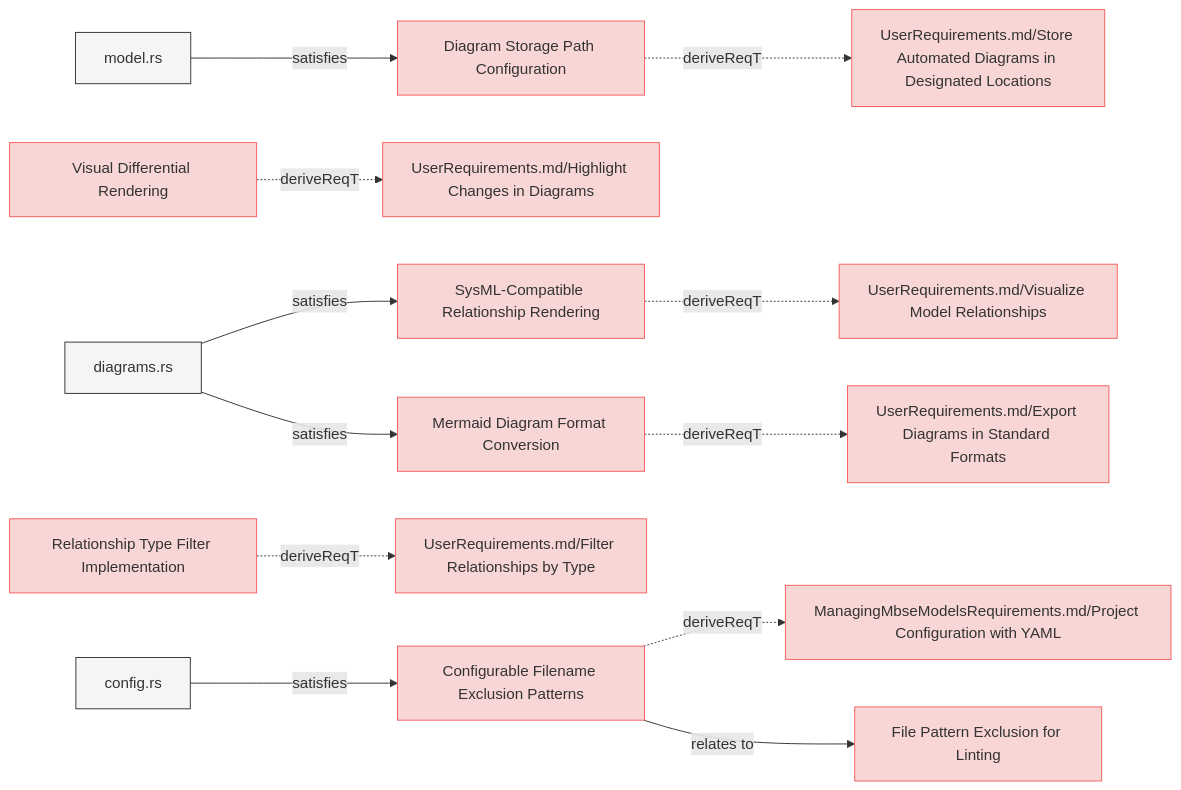
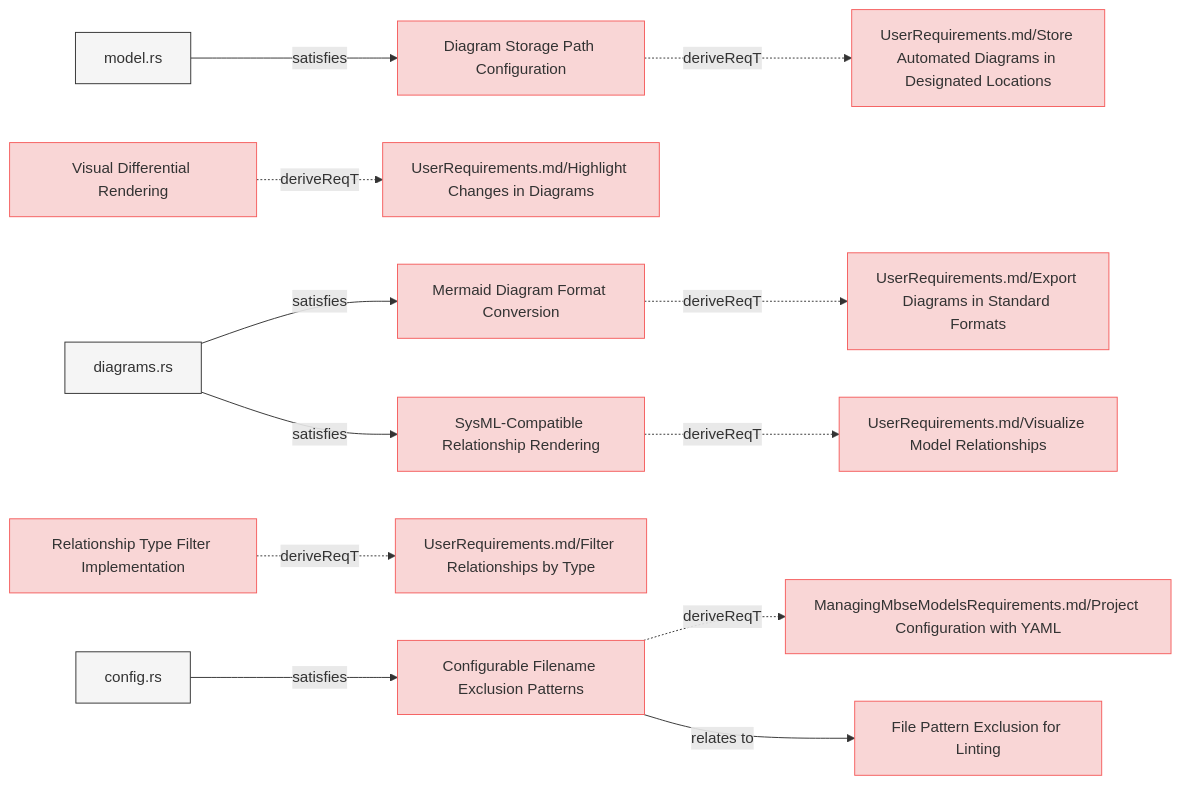
The fifth of 8 diagrams in specifications/SystemRequirements/Requirements.md (reqvire-org/reqvire), drawn with Mermaid before and after one commit. The commit also changed other lines of this file and 8 other files, not shown here.

Commit message:
DIagrams Update.

````diff
--- a/specifications/SystemRequirements/Requirements.md
+++ b/specifications/SystemRequirements/Requirements.md
@@ -569,68 +569,68 @@
 ```mermaid
 graph LR;
   %% Graph styling
   classDef requirement fill:#f9d6d6,stroke:#f55f5f,stroke-width:1px;
   classDef verification fill:#d6f9d6,stroke:#5fd75f,stroke-width:1px;
   classDef externalLink fill:#d0e0ff,stroke:#3080ff,stroke-width:1px;
   classDef default fill:#f5f5f5,stroke:#333333,stroke-width:1px;
 
   191d27287e["Diagram Storage Path Configuration"];
   click 191d27287e "Requirements.md#diagram-storage-path-configuration";
   class 191d27287e requirement;
   aee397f35b["UserRequirements.md/Store Automated Diagrams in Designated Locations"];
   class aee397f35b requirement;
   click aee397f35b "../UserRequirements.md#store-automated-diagrams-in-designated-locations";
   191d27287e -.->|deriveReqT| aee397f35b;
   6136c216c9["model.rs"];
   class 6136c216c9 default;
   click 6136c216c9 "../../core/src/model.rs";
   6136c216c9 -->|satisfies| 191d27287e;
+  a7ec66314a["Mermaid Diagram Format Conversion"];
+  click a7ec66314a "Requirements.md#mermaid-diagram-format-conversion";
+  class a7ec66314a requirement;
+  10c00a1bd1["UserRequirements.md/Export Diagrams in Standard Formats"];
+  class 10c00a1bd1 requirement;
+  click 10c00a1bd1 "../UserRequirements.md#export-diagrams-in-standard-formats";
+  a7ec66314a -.->|deriveReqT| 10c00a1bd1;
+  d4240e2969["diagrams.rs"];
+  class d4240e2969 default;
+  click d4240e2969 "../../core/src/diagrams.rs";
+  d4240e2969 -->|satisfies| a7ec66314a;
   9860815d52["Visual Differential Rendering"];
   click 9860815d52 "Requirements.md#visual-differential-rendering";
   class 9860815d52 requirement;
   fd7388e379["UserRequirements.md/Highlight Changes in Diagrams"];
   class fd7388e379 requirement;
   click fd7388e379 "../UserRequirements.md#highlight-changes-in-diagrams";
   9860815d52 -.->|deriveReqT| fd7388e379;
-  c826c1ee7c["SysML-Compatible Relationship Rendering"];
-  click c826c1ee7c "Requirements.md#sysml-compatible-relationship-rendering";
-  class c826c1ee7c requirement;
-  a6a8362836["UserRequirements.md/Visualize Model Relationships"];
-  class a6a8362836 requirement;
-  click a6a8362836 "../UserRequirements.md#visualize-model-relationships";
-  c826c1ee7c -.->|deriveReqT| a6a8362836;
-  d4240e2969["diagrams.rs"];
-  class d4240e2969 default;
-  click d4240e2969 "../../core/src/diagrams.rs";
-  d4240e2969 -->|satisfies| c826c1ee7c;
+  1414e7f889["Relationship Type Filter Implementation"];
+  click 1414e7f889 "Requirements.md#relationship-type-filter-implementation";
+  class 1414e7f889 requirement;
+  30d97803eb["UserRequirements.md/Filter Relationships by Type"];
+  class 30d97803eb requirement;
+  click 30d97803eb "../UserRequirements.md#filter-relationships-by-type";
+  1414e7f889 -.->|deriveReqT| 30d97803eb;
   cc8128cae3["Configurable Filename Exclusion Patterns"];
   click cc8128cae3 "Requirements.md#configurable-filename-exclusion-patterns";
   class cc8128cae3 requirement;
   ce24dbacb9["ManagingMbseModelsRequirements.md/Project Configuration with YAML"];
   class ce24dbacb9 requirement;
   click ce24dbacb9 "../ManagingMbseModelsRequirements.md#project-configuration-with-yaml";
   cc8128cae3 -.->|deriveReqT| ce24dbacb9;
   c87fb8d32a["config.rs"];
   class c87fb8d32a default;
   click c87fb8d32a "../../cli/src/config.rs";
   c87fb8d32a -->|satisfies| cc8128cae3;
   45770e9b31["File Pattern Exclusion for Linting"];
   class 45770e9b31 requirement;
   click 45770e9b31 "Requirements.md#file-pattern-exclusion-for-linting";
   cc8128cae3 -->|relates to| 45770e9b31;
-  1414e7f889["Relationship Type Filter Implementation"];
-  click 1414e7f889 "Requirements.md#relationship-type-filter-implementation";
-  class 1414e7f889 requirement;
-  30d97803eb["UserRequirements.md/Filter Relationships by Type"];
-  class 30d97803eb requirement;
-  click 30d97803eb "../UserRequirements.md#filter-relationships-by-type";
-  1414e7f889 -.->|deriveReqT| 30d97803eb;
-  a7ec66314a["Mermaid Diagram Format Conversion"];
-  click a7ec66314a "Requirements.md#mermaid-diagram-format-conversion";
-  class a7ec66314a requirement;
-  10c00a1bd1["UserRequirements.md/Export Diagrams in Standard Formats"];
-  class 10c00a1bd1 requirement;
-  click 10c00a1bd1 "../UserRequirements.md#export-diagrams-in-standard-formats";
-  a7ec66314a -.->|deriveReqT| 10c00a1bd1;
-  d4240e2969 -->|satisfies| a7ec66314a;
+  c826c1ee7c["SysML-Compatible Relationship Rendering"];
+  click c826c1ee7c "Requirements.md#sysml-compatible-relationship-rendering";
+  class c826c1ee7c requirement;
+  a6a8362836["UserRequirements.md/Visualize Model Relationships"];
+  class a6a8362836 requirement;
+  click a6a8362836 "../UserRequirements.md#visualize-model-relationships";
+  c826c1ee7c -.->|deriveReqT| a6a8362836;
+  d4240e2969 -->|satisfies| c826c1ee7c;
 ```
````
